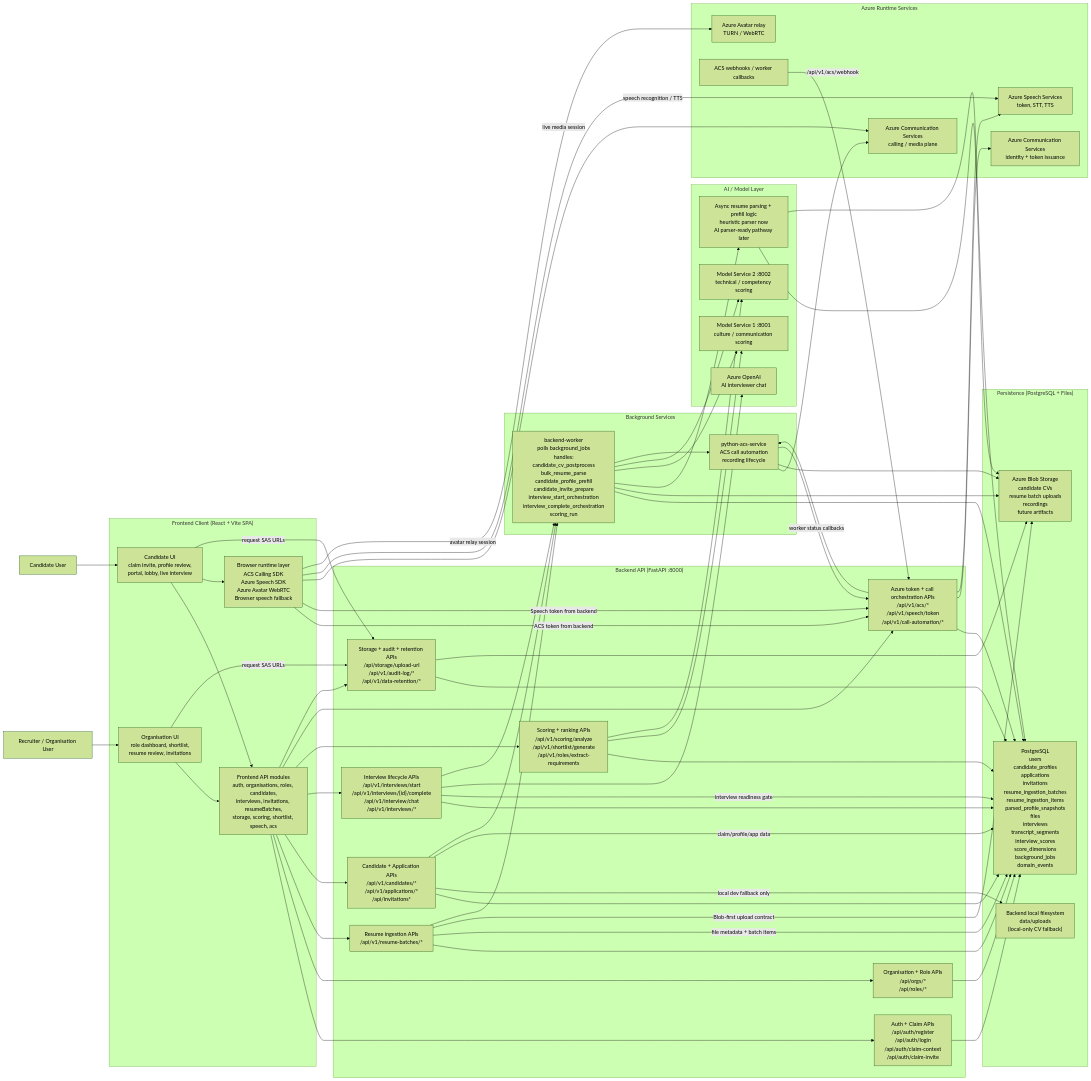
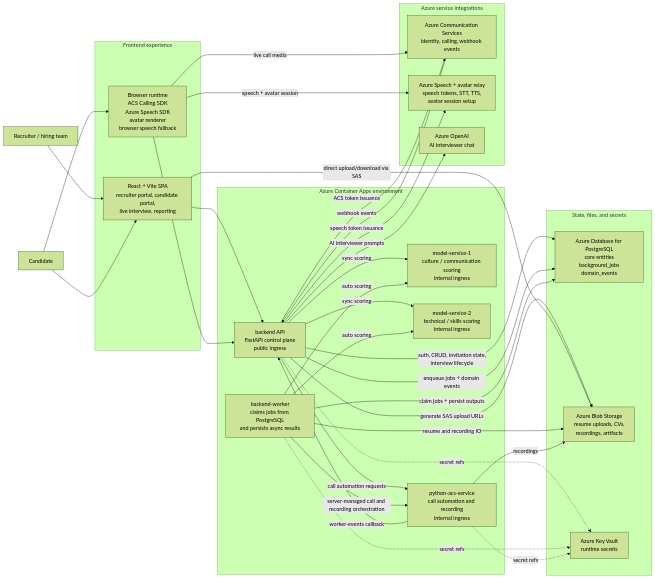
Before and after one commit to dcava30/Talenti_MVP: the second of 4 diagrams in documentation/ARCHITECTURE_DIAGRAM.md, drawn with Mermaid (forest theme). The commit also changed other lines of this file and 1 other file, not shown here.

Commit message:
docs: refresh architecture diagrams with system design and deployment views

````diff
--- a/documentation/ARCHITECTURE_DIAGRAM.md
+++ b/documentation/ARCHITECTURE_DIAGRAM.md
@@ -14,117 +111,66 @@
 ```mermaid
 flowchart LR
-    recruiter["Recruiter / Organisation User"]
-    candidate["Candidate User"]
+    recruiter["Recruiter / hiring team"]
+    candidate["Candidate"]
 
-    subgraph frontend["Frontend Client (React + Vite SPA)"]
-        org_ui["Organisation UI<br/>role dashboard, shortlist,<br/>resume review, invitations"]
-        candidate_ui["Candidate UI<br/>claim invite, profile review,<br/>portal, lobby, live interview"]
-        api["Frontend API modules<br/>auth, organisations, roles, candidates,<br/>interviews, invitations, resumeBatches,<br/>storage, scoring, shortlist, speech, acs"]
-        browser_runtime["Browser runtime layer<br/>ACS Calling SDK<br/>Azure Speech SDK<br/>Azure Avatar WebRTC<br/>Browser speech fallback"]
+    subgraph experience["Frontend experience"]
+        spa["React + Vite SPA<br/>recruiter portal, candidate portal,<br/>live interview, reporting"]
+        browser["Browser runtime<br/>ACS Calling SDK<br/>Azure Speech SDK<br/>avatar renderer<br/>browser speech fallback"]
     end
 
-    subgraph backend["Backend API (FastAPI :8000)"]
-        auth["Auth + Claim APIs<br/>/api/auth/register<br/>/api/auth/login<br/>/api/auth/claim-context<br/>/api/auth/claim-invite"]
-        org_role["Organisation + Role APIs<br/>/api/orgs/*<br/>/api/roles/*"]
-        resume_ingest["Resume ingestion APIs<br/>/api/v1/resume-batches/*"]
-        candidate_app["Candidate + Application APIs<br/>/api/v1/candidates/*<br/>/api/v1/applications/*<br/>/api/invitations*"]
-        interview_api["Interview lifecycle APIs<br/>/api/v1/interviews/start<br/>/api/v1/interviews/{id}/complete<br/>/api/v1/interview/chat<br/>/api/v1/interviews/*"]
-        scoring_api["Scoring + ranking APIs<br/>/api/v1/scoring/analyze<br/>/api/v1/shortlist/generate<br/>/api/v1/roles/extract-requirements"]
-        media_api["Azure token + call orchestration APIs<br/>/api/v1/acs/*<br/>/api/v1/speech/token<br/>/api/v1/call-automation/*"]
-        storage_api["Storage + audit + retention APIs<br/>/api/storage/upload-url<br/>/api/v1/audit-log/*<br/>/api/v1/data-retention/*"]
+    subgraph apps["Azure Container Apps environment"]
+        backend["backend API<br/>FastAPI control plane<br/>public ingress"]
+        worker["backend-worker<br/>claims jobs from PostgreSQL<br/>and persists async results"]
+        model1["model-service-1<br/>culture / communication scoring<br/>internal ingress"]
+        model2["model-service-2<br/>technical / skills scoring<br/>internal ingress"]
+        acsworker["python-acs-service<br/>call automation and recording<br/>internal ingress"]
     end
 
-    subgraph data["Persistence (PostgreSQL + Files)"]
-        pg["PostgreSQL<br/>users<br/>candidate_profiles<br/>applications<br/>invitations<br/>resume_ingestion_batches<br/>resume_ingestion_items<br/>parsed_profile_snapshots<br/>files<br/>interviews<br/>transcript_segments<br/>interview_scores<br/>score_dimensions<br/>background_jobs<br/>domain_events"]
-        blob["Azure Blob Storage<br/>candidate CVs<br/>resume batch uploads<br/>recordings<br/>future artifacts"]
-        localfs["Backend local filesystem<br/>data/uploads<br/>(local-only CV fallback)"]
+    subgraph state["State, files, and secrets"]
+        pg["Azure Database for PostgreSQL<br/>core entities<br/>background_jobs<br/>domain_events"]
+        blob["Azure Blob Storage<br/>resume uploads, CVs,<br/>recordings, artifacts"]
+        kv["Azure Key Vault<br/>runtime secrets"]
     end
 
-    subgraph ai_ml["AI / Model Layer"]
+    subgraph azure["Azure service integrations"]
+        acs["Azure Communication Services<br/>identity, calling, webhook events"]
+        speech["Azure Speech + avatar relay<br/>speech tokens, STT, TTS,<br/>avatar session setup"]
         openai["Azure OpenAI<br/>AI interviewer chat"]
-        model1["Model Service 1 :8001<br/>culture / communication scoring"]
-        model2["Model Service 2 :8002<br/>technical / competency scoring"]
-        parser["Async resume parsing + prefill logic<br/>heuristic parser now<br/>AI parser-ready pathway later"]
     end
 
-    subgraph workers["Background Services"]
-        backend_worker["backend-worker<br/>polls background_jobs<br/>handles:<br/>candidate_cv_postprocess<br/>bulk_resume_parse<br/>candidate_profile_prefill<br/>candidate_invite_prepare<br/>interview_start_orchestration<br/>interview_complete_orchestration<br/>scoring_run"]
-        acs_worker["python-acs-service<br/>ACS call automation<br/>recording lifecycle"]
-    end
+    recruiter --> spa
+    candidate --> spa
+    candidate --> browser
 
-    subgraph azure["Azure Runtime Services"]
-        acs_identity["Azure Communication Services<br/>identity + token issuance"]
-        acs_media["Azure Communication Services<br/>calling / media plane"]
-        speech["Azure Speech Services<br/>token, STT, TTS"]
-        avatar["Azure Avatar relay<br/>TURN / WebRTC"]
-        acs_events["ACS webhooks / worker callbacks"]
-    end
+    spa --> backend
+    browser --> backend
 
-    recruiter --> org_ui
-    candidate --> candidate_ui
+    backend -->|auth, CRUD, invitation state,<br/>interview lifecycle| pg
+    backend -->|enqueue jobs + domain events| pg
+    worker -->|claim jobs + persist outputs| pg
 
-    org_ui --> api
-    candidate_ui --> api
-    candidate_ui --> browser_runtime
+    backend -->|generate SAS upload URLs| blob
+    spa -->|direct upload/download via SAS| blob
+    worker -->|resume and recording IO| blob
+    acsworker -->|recordings| blob
 
-    api --> auth
-    api --> org_role
-    api --> resume_ingest
-    api --> candidate_app
-    api --> interview_api
-    api --> scoring_api
-    api --> media_api
-    api --> storage_api
+    backend -->|sync scoring| model1
+    backend -->|sync scoring| model2
+    worker -->|auto scoring| model1
+    worker -->|auto scoring| model2
 
-    auth --> pg
-    org_role --> pg
-    resume_ingest --> pg
-    candidate_app --> pg
-    interview_api --> pg
-    scoring_api --> pg
-    media_api --> pg
-    storage_api --> pg
+    backend -->|AI interviewer prompts| openai
+    backend -->|ACS token issuance| acs
+    backend -->|speech token issuance| speech
+    browser -->|live call media| acs
+    browser -->|speech + avatar session| speech
 
-    org_ui -->|request SAS URLs| storage_api
-    candidate_ui -->|request SAS URLs| storage_api
-    storage_api --> blob
+    backend -->|call automation requests| acsworker
+    worker -->|server-managed call and recording orchestration| acsworker
+    acs -->|webhook events| backend
+    acsworker -->|worker-events callback| backend
 
-    candidate_app -->|local dev fallback only| localfs
-
-    resume_ingest -->|file metadata + batch items| pg
-    resume_ingest -->|Blob-first upload contract| blob
-
-    candidate_app -->|claim/profile/app data| pg
-    interview_api -->|interview readiness gate| pg
-
-    interview_api --> openai
-    scoring_api --> model1
-    scoring_api --> model2
-
-    candidate_app --> backend_worker
-    resume_ingest --> backend_worker
-    interview_api --> backend_worker
-    backend_worker --> pg
-    backend_worker --> blob
-    backend_worker --> parser
-    parser --> blob
-    parser --> pg
-    backend_worker --> model1
-    backend_worker --> model2
-    backend_worker --> acs_worker
-
-    media_api --> acs_identity
-    media_api --> speech
-    media_api --> acs_worker
-
-    acs_worker --> acs_media
-    acs_worker --> blob
-    acs_events -->|/api/v1/acs/webhook| media_api
-    acs_worker -->|worker status callbacks| media_api
-
-    browser_runtime -->|ACS token from backend| media_api
-    browser_runtime -->|Speech token from backend| media_api
-    browser_runtime -->|live media session| acs_media
-    browser_runtime -->|speech recognition / TTS| speech
-    browser_runtime -->|avatar relay session| avatar
+    backend -. secret refs .-> kv
+    worker -. secret refs .-> kv
+    acsworker -. secret refs .-> kv
 ```
````
